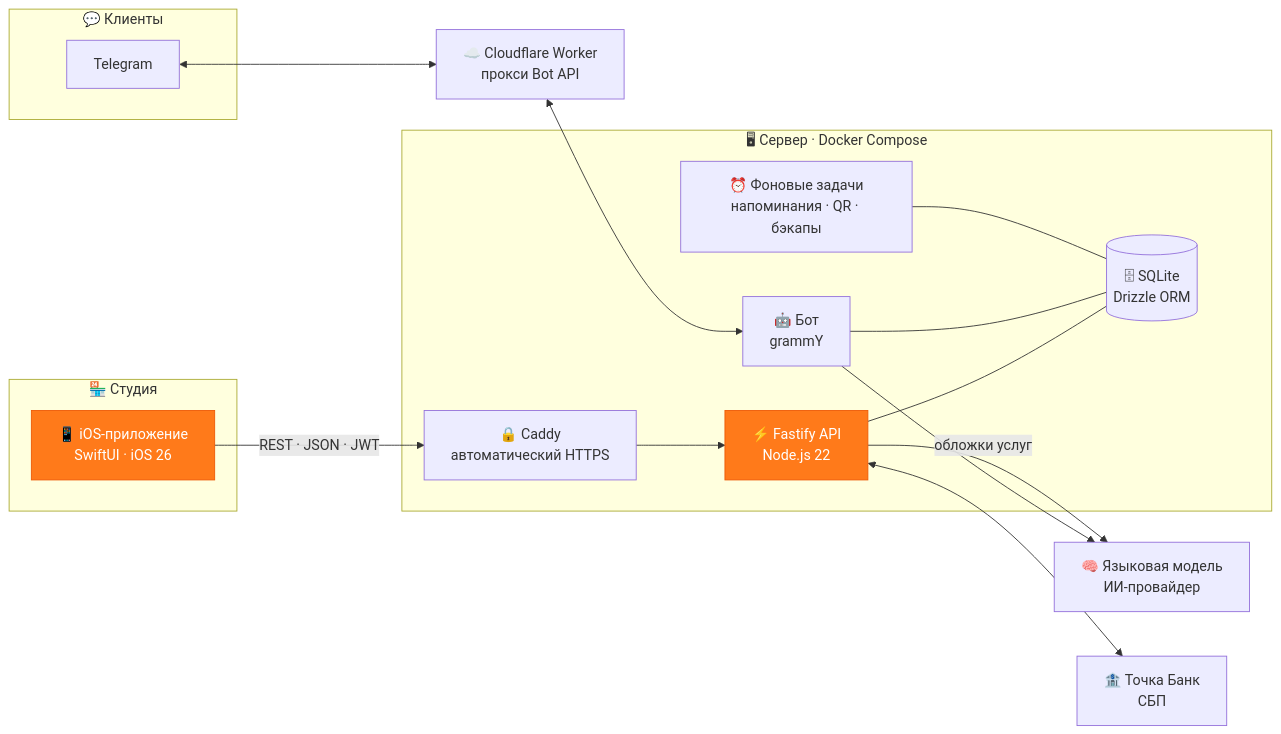
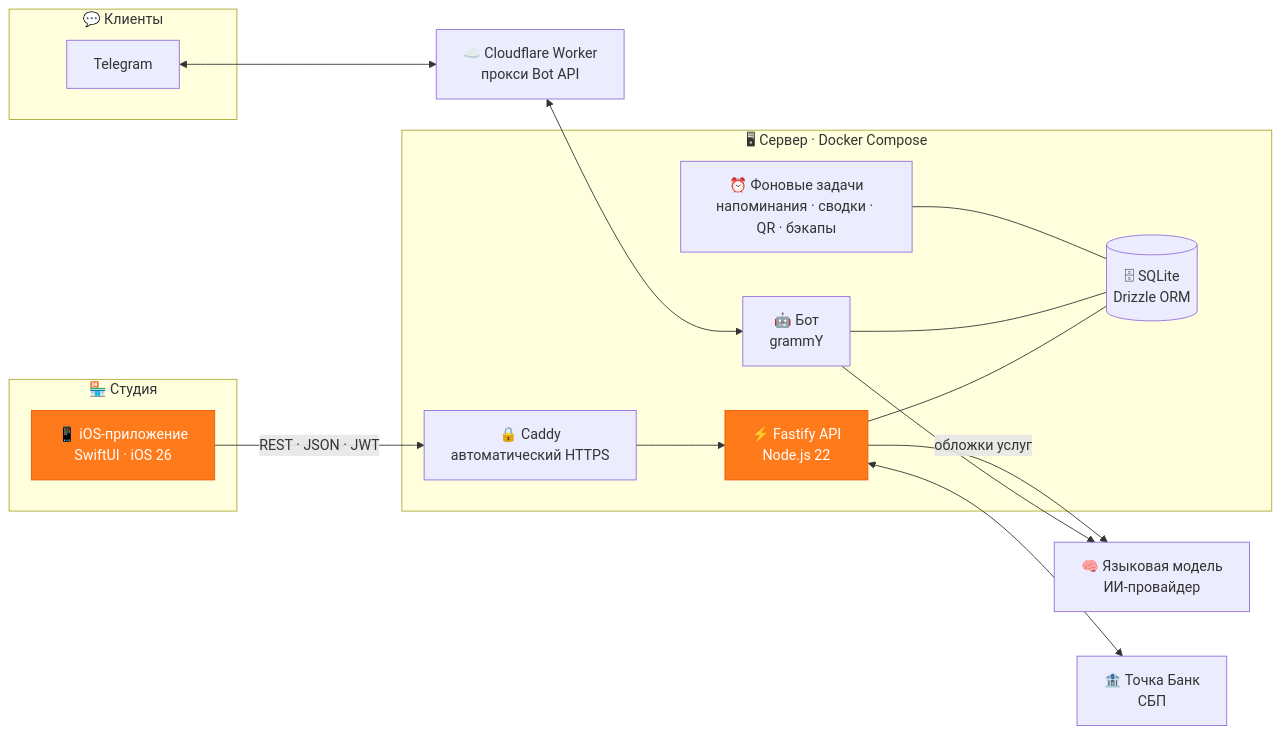
The second of 2 diagrams in README.md (superkai-sdk1/MIKAN), drawn with Mermaid before and after one commit. The commit also changed other lines of this file, not shown here.

````diff
--- a/README.md
+++ b/README.md
@@ -169,34 +214,34 @@
 ```mermaid
 flowchart LR
     subgraph studio["🏪 Студия"]
         APP["📱 iOS-приложение<br/>SwiftUI · iOS 26"]
     end
 
     subgraph clients["💬 Клиенты"]
         TG["Telegram"]
     end
 
     subgraph vps["🖥 Сервер · Docker Compose"]
         CADDY["🔒 Caddy<br/>автоматический HTTPS"]
         API["⚡ Fastify API<br/>Node.js 22"]
         BOT["🤖 Бот<br/>grammY"]
-        JOBS["⏰ Фоновые задачи<br/>напоминания · QR · бэкапы"]
+        JOBS["⏰ Фоновые задачи<br/>напоминания · сводки · QR · бэкапы"]
         DB[("🗄 SQLite<br/>Drizzle ORM")]
     end
 
     CF["☁️ Cloudflare Worker<br/>прокси Bot API"]
     AI["🧠 Языковая модель<br/>ИИ-провайдер"]
     BANK["🏦 Точка Банк<br/>СБП"]
 
     APP -- "REST · JSON · JWT" --> CADDY --> API
     API --- DB
     BOT --- DB
     JOBS --- DB
     TG <--> CF <--> BOT
     BOT --> AI
     API -- "обложки услуг" --> AI
     API <--> BANK
 
     classDef brand fill:#FF7A1A,stroke:#ED5905,color:#fff
     class APP,API brand
 ```
````
